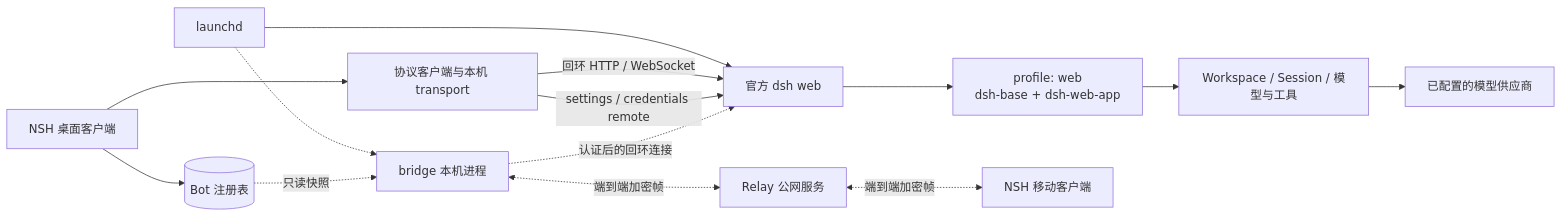
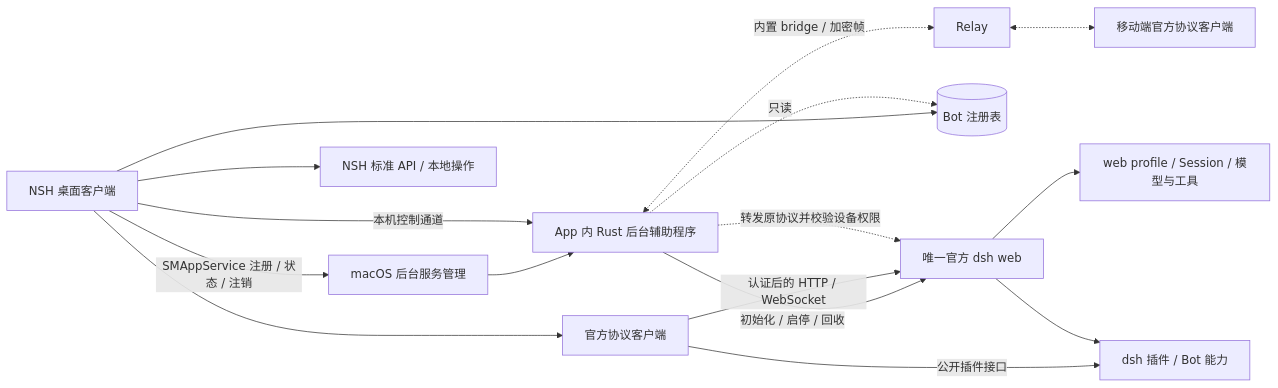
Before and after one commit to aningdev/dsh-bot: the diagram in docs/ARCHITECTURE.md, drawn with Mermaid. The commit also changed other lines of this file and 8 other files, not shown here.

First line of the commit message:
feat: Enhance documentation and architecture references

````diff
--- a/docs/ARCHITECTURE.md
+++ b/docs/ARCHITECTURE.md
@@ -9,16 +9,18 @@
 ```mermaid
 flowchart LR
-    L[launchd] --> W[官方 dsh web]
-    W --> P["profile: web<br/>dsh-base + dsh-web-app"]
-    P --> S[Workspace / Session / 模型与工具]
-    S --> API[已配置的模型供应商]
-    D[NSH 桌面客户端] --> T[协议客户端与本机 transport]
-    T -->|回环 HTTP / WebSocket| W
+    D[NSH 桌面客户端] -->|SMAppService 注册 / 状态 / 注销| L[macOS 后台服务管理]
+    L --> H[App 内 Rust 后台辅助程序]
+    H -->|初始化 / 启停 / 回收| W[唯一官方 dsh web]
+    W --> P[web profile / Session / 模型与工具]
+    D[NSH 桌面客户端] -->|本机控制通道| H
+    D --> C[官方协议客户端]
+    C -->|认证后的 HTTP / WebSocket| W
     D --> B[(Bot 注册表)]
-    T -->|settings / credentials remote| W
-    L -.-> BR[bridge 本机进程]
-    BR -.->|认证后的回环连接| W
-    B -.->|只读快照| BR
-    BR <-.->|端到端加密帧| R[Relay 公网服务]
-    R <-.->|端到端加密帧| M[NSH 移动客户端]
+    D --> N[NSH 标准 API / 本地操作]
+    C -->|公开插件接口| E[dsh 插件 / Bot 能力]
+    W --> E
+    H -.->|只读| B
+    H <-.->|内置 bridge / 加密帧| R[Relay]
+    R <-.-> M[移动端官方协议客户端]
+    H -.->|转发原协议并校验设备权限| W
 ```
````
